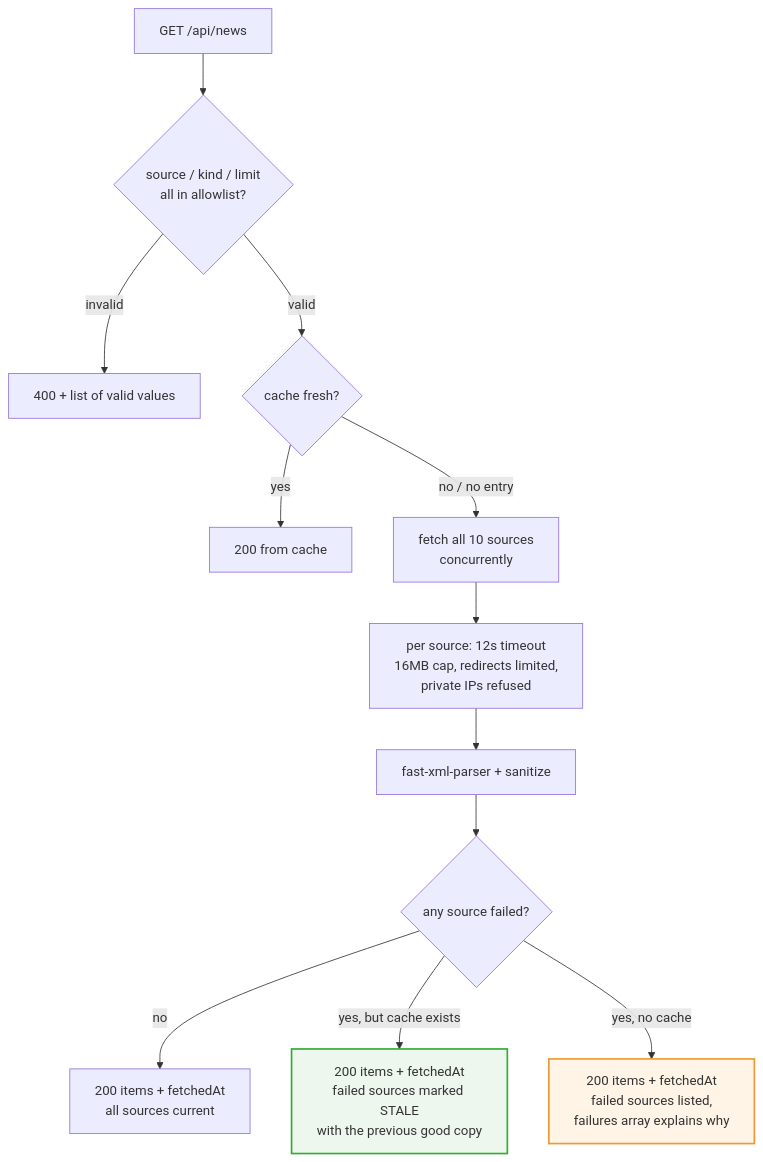
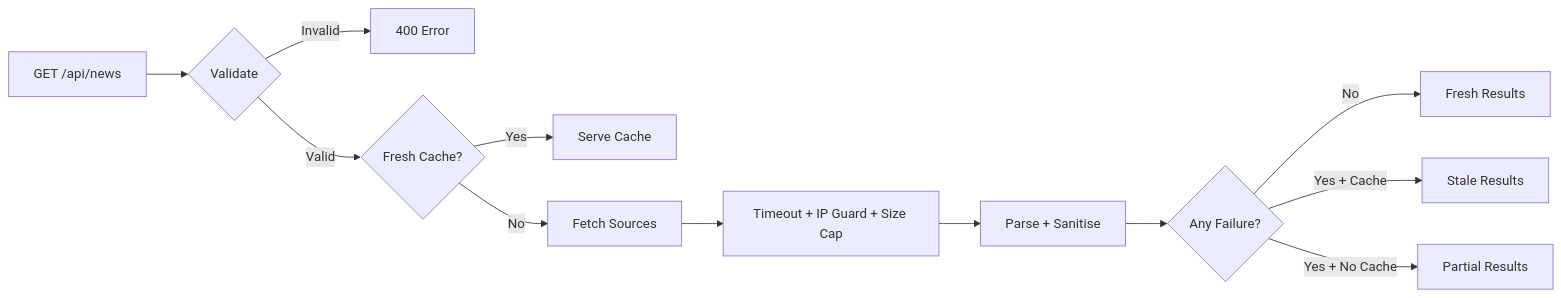
Before and after one commit to TejuCodes/WDS_Lab: the second of 2 diagrams in README.md, drawn with Mermaid. The commit also changed other lines of this file, not shown here.

````diff
--- a/README.md
+++ b/README.md
@@ -285,17 +381,14 @@
 ```mermaid
-flowchart TD
-    Req[GET /api/news] --> Validate{source / kind / limit<br/>all in allowlist?}
-    Validate -->|invalid| E400["400 + list of valid values"]
-    Validate -->|valid| Cache{cache fresh?}
-    Cache -->|yes| Serve["200 from cache"]
-    Cache -->|no / no entry| Fetch[fetch all 10 sources<br/>concurrently]
-    Fetch --> Guard["per source: 12s timeout<br/>16MB cap, redirects limited,<br/>private IPs refused"]
-    Guard --> Parse[fast-xml-parser + sanitize]
-    Parse --> Agg{any source failed?}
-    Agg -->|no| Fresh["200 items + fetchedAt<br/>all sources current"]
-    Agg -->|yes, but cache exists| Stale["200 items + fetchedAt<br/>failed sources marked STALE<br/>with the previous good copy"]
-    Agg -->|yes, no cache| Partial["200 items + fetchedAt<br/>failed sources listed,<br/>failures array explains why"]
-
-    style Stale fill:#eef7ee,stroke:#3a3,stroke-width:2px
-    style Partial fill:#fff4e6,stroke:#e93,stroke-width:2px
+flowchart LR
+    A[GET /api/news] --> B{Validate}
+    B -->|Invalid| C[400 Error]
+    B -->|Valid| D{Fresh Cache?}
+    D -->|Yes| E[Serve Cache]
+    D -->|No| F[Fetch Sources]
+    F --> G[Timeout + IP Guard + Size Cap]
+    G --> H[Parse + Sanitise]
+    H --> I{Any Failure?}
+    I -->|No| J[Fresh Results]
+    I -->|Yes + Cache| K[Stale Results]
+    I -->|Yes + No Cache| L[Partial Results]
 ```
````
